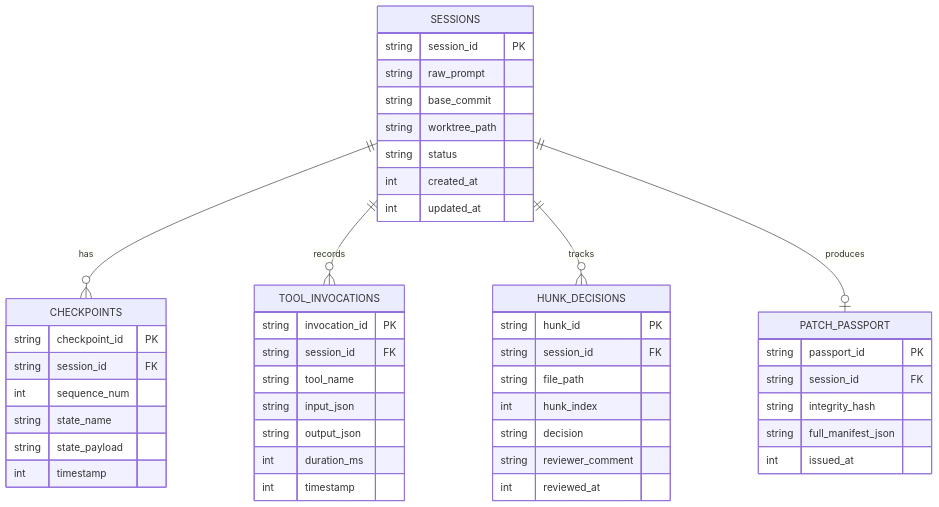
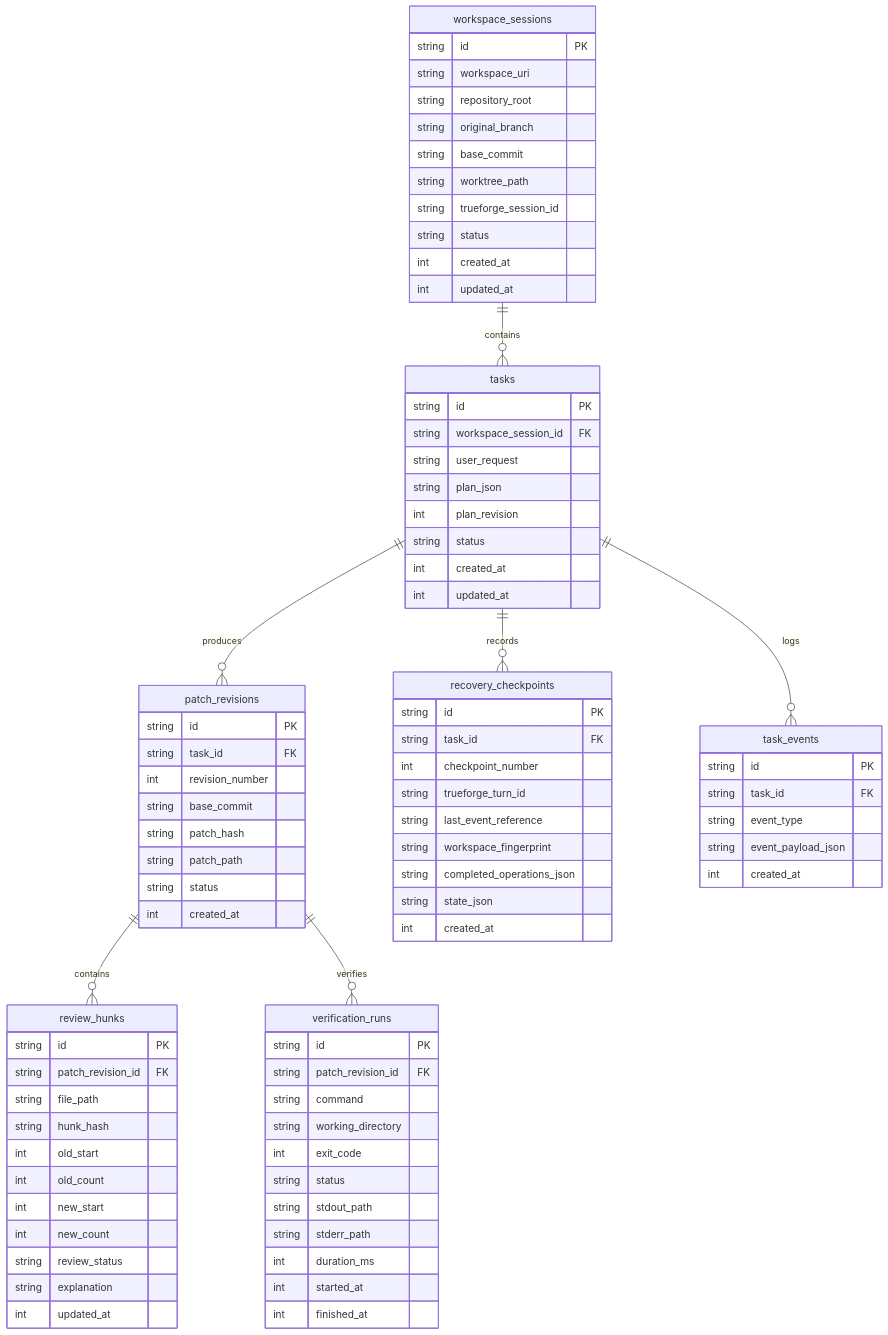
Before and after one commit to madhura200227/PatchPilot: the second of 2 diagrams in docs/ARCHITECTURE.md, drawn with Mermaid. The commit also changed other lines of this file and 5 other files, not shown here.

````diff
--- a/docs/ARCHITECTURE.md
+++ b/docs/ARCHITECTURE.md
@@ -136,54 +144,92 @@
 ```mermaid
 erDiagram
-    SESSIONS ||--o{ CHECKPOINTS : has
-    SESSIONS ||--o{ TOOL_INVOCATIONS : records
-    SESSIONS ||--o{ HUNK_DECISIONS : tracks
-    SESSIONS ||--o| PATCH_PASSPORT : produces
+    workspace_sessions ||--o{ tasks : contains
+    tasks ||--o{ patch_revisions : produces
+    tasks ||--o{ recovery_checkpoints : records
+    tasks ||--o{ task_events : logs
+    patch_revisions ||--o{ review_hunks : contains
+    patch_revisions ||--o{ verification_runs : verifies
 
-    SESSIONS {
-        string session_id PK
-        string raw_prompt
+    workspace_sessions {
+        string id PK
+        string workspace_uri
+        string repository_root
+        string original_branch
         string base_commit
         string worktree_path
+        string trueforge_session_id
         string status
         int created_at
         int updated_at
     }
 
-    CHECKPOINTS {
-        string checkpoint_id PK
-        string session_id FK
-        int sequence_num
-        string state_name
-        string state_payload
-        int timestamp
+    tasks {
+        string id PK
+        string workspace_session_id FK
+        string user_request
+        string plan_json
+        int plan_revision
+        string status
+        int created_at
+        int updated_at
     }
 
-    TOOL_INVOCATIONS {
-        string invocation_id PK
-        string session_id FK
-        string tool_name
-        string input_json
-        string output_json
-        int duration_ms
-        int timestamp
+    patch_revisions {
+        string id PK
+        string task_id FK
+        int revision_number
+        string base_commit
+        string patch_hash
+        string patch_path
+        string status
+        int created_at
     }
 
-    HUNK_DECISIONS {
-        string hunk_id PK
-        string session_id FK
+    review_hunks {
+        string id PK
+        string patch_revision_id FK
         string file_path
-        int hunk_index
-        string decision
-        string reviewer_comment
-        int reviewed_at
+        string hunk_hash
+        int old_start
+        int old_count
+        int new_start
+        int new_count
+        string review_status
+        string explanation
+        int updated_at
     }
 
-    PATCH_PASSPORT {
-        string passport_id PK
-        string session_id FK
-        string integrity_hash
-        string full_manifest_json
-        int issued_at
+    verification_runs {
+        string id PK
+        string patch_revision_id FK
+        string command
+        string working_directory
+        int exit_code
+        string status
+        string stdout_path
+        string stderr_path
+        int duration_ms
+        int started_at
+        int finished_at
+    }
+
+    recovery_checkpoints {
+        string id PK
+        string task_id FK
+        int checkpoint_number
+        string trueforge_turn_id
+        string last_event_reference
+        string workspace_fingerprint
+        string completed_operations_json
+        string state_json
+        int created_at
+    }
+
+    task_events {
+        string id PK
+        string task_id FK
+        string event_type
+        string event_payload_json
+        int created_at
     }
 ```
````
